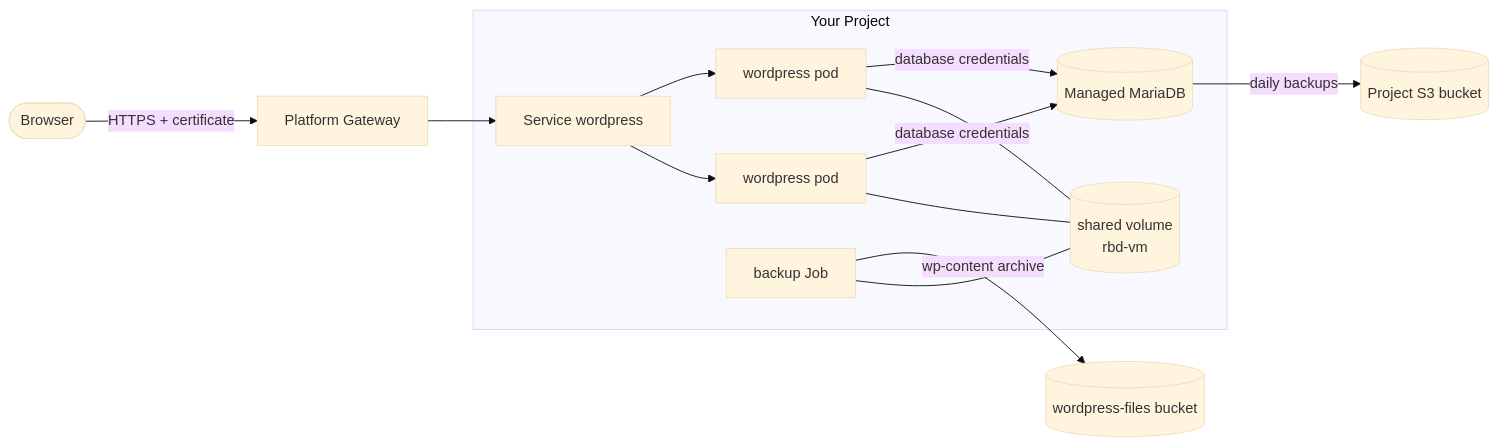
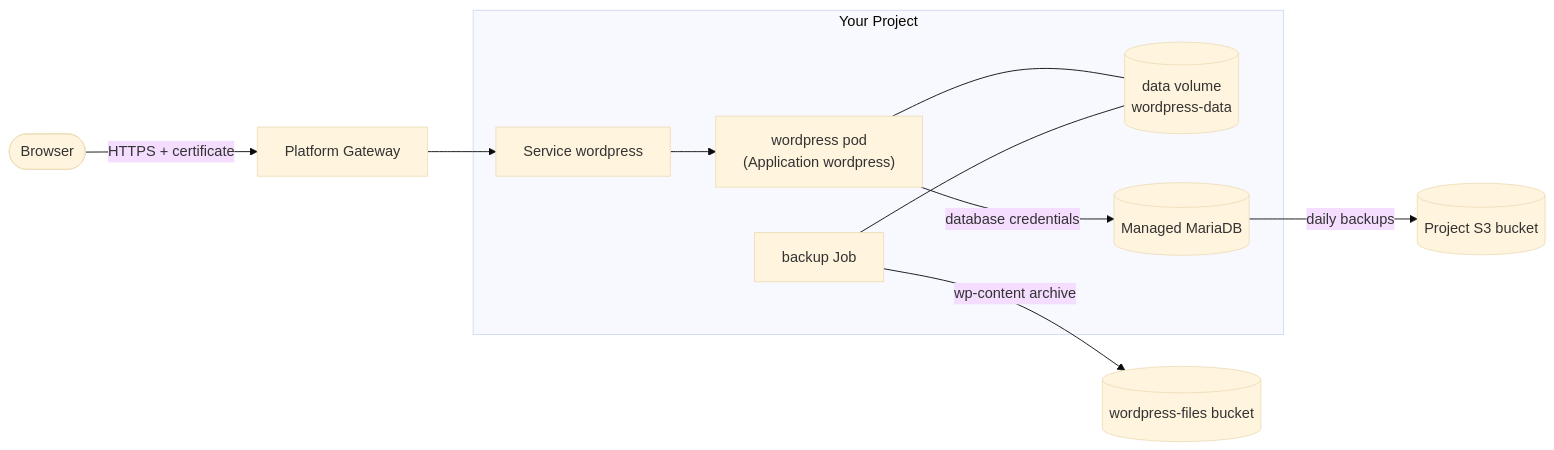
One commit to kube-dc/kube-dc-public changed the diagram in docs/cloud/deploy-wordpress-stack.md. Above: the diagram before and after it, drawn with Mermaid (base theme). The commit also changed other lines of this file and 12 other files, not shown here.

````diff
--- a/docs/cloud/deploy-wordpress-stack.md
+++ b/docs/cloud/deploy-wordpress-stack.md
@@ -18,16 +18,15 @@
 ```mermaid
 flowchart LR
     accTitle: WordPress services in a Kube-DC Project
-    accDescr: Browser traffic enters through the platform Gateway and reaches two WordPress Pods that share storage, managed MariaDB credentials, and Project object storage.
+    accDescr: Browser traffic enters through the platform Gateway and reaches the WordPress pod, which mounts the app's data volume and reads managed MariaDB credentials.
     U([Browser]) -->|"HTTPS + certificate"| GW["Platform Gateway"]
     GW --> S["Service wordpress"]
     subgraph P["Your Project"]
-        S --> W1["wordpress pod"]
-        S --> W2["wordpress pod"]
-        W1 & W2 --- V[("shared volume<br/>rbd-vm")]
-        W1 & W2 -->|"database credentials"| DB[("Managed MariaDB")]
+        S --> W["wordpress pod<br/>(Application wordpress)"]
+        W --- V[("data volume<br/>wordpress-data")]
+        W -->|"database credentials"| DB[("Managed MariaDB")]
         J["backup Job"] --- V
     end
     DB -->|"daily backups"| S3[("Project S3 bucket")]
     J -->|"wp-content archive"| S3B[("wordpress-files bucket")]
 ```
````
